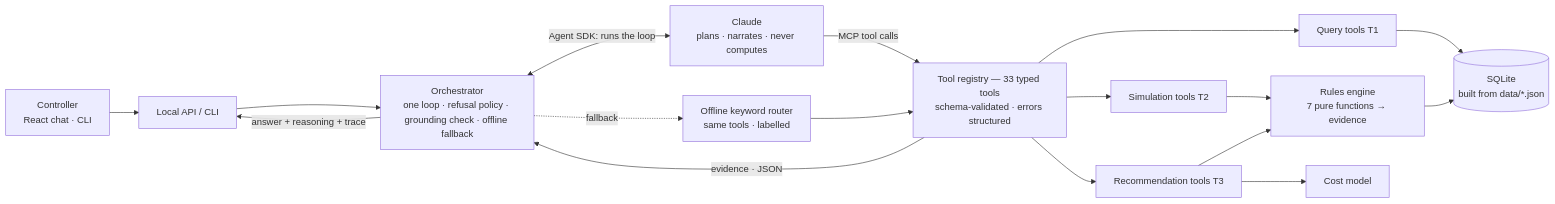
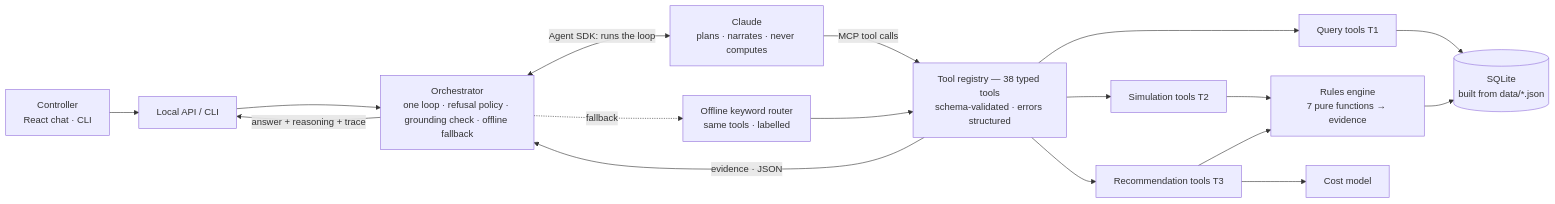
One commit to valinci-007/dCortex changed the fourth of 4 diagrams in docs/architecture.md. Above: the diagram before and after it, drawn with Mermaid. The commit also changed 32 other files, not shown here.

````diff
--- a/docs/architecture.md
+++ b/docs/architecture.md
@@ -211,19 +211,19 @@
 ```mermaid
 flowchart LR
     U[Controller<br/>React chat · CLI] --> API[Local API / CLI]
     API --> O[Orchestrator<br/>one loop · refusal policy · grounding check · offline fallback]
     O <-->|Agent SDK: runs the loop| M[Claude<br/>plans · narrates · never computes]
     O -.->|fallback| R[Offline keyword router<br/>same tools · labelled]
-    M -->|MCP tool calls| T[Tool registry — 33 typed tools<br/>schema-validated · errors structured]
+    M -->|MCP tool calls| T[Tool registry — 38 typed tools<br/>schema-validated · errors structured]
     R --> T
     T --> Q[Query tools T1]
     T --> S[Simulation tools T2]
     T --> P[Recommendation tools T3]
     Q --> D[(SQLite<br/>built from data/*.json)]
     S --> E[Rules engine<br/>7 pure functions → evidence]
     P --> E
     P --> C[Cost model]
     E --> D
     T -->|evidence · JSON| O
     O -->|answer + reasoning + trace| API
 ```
````
